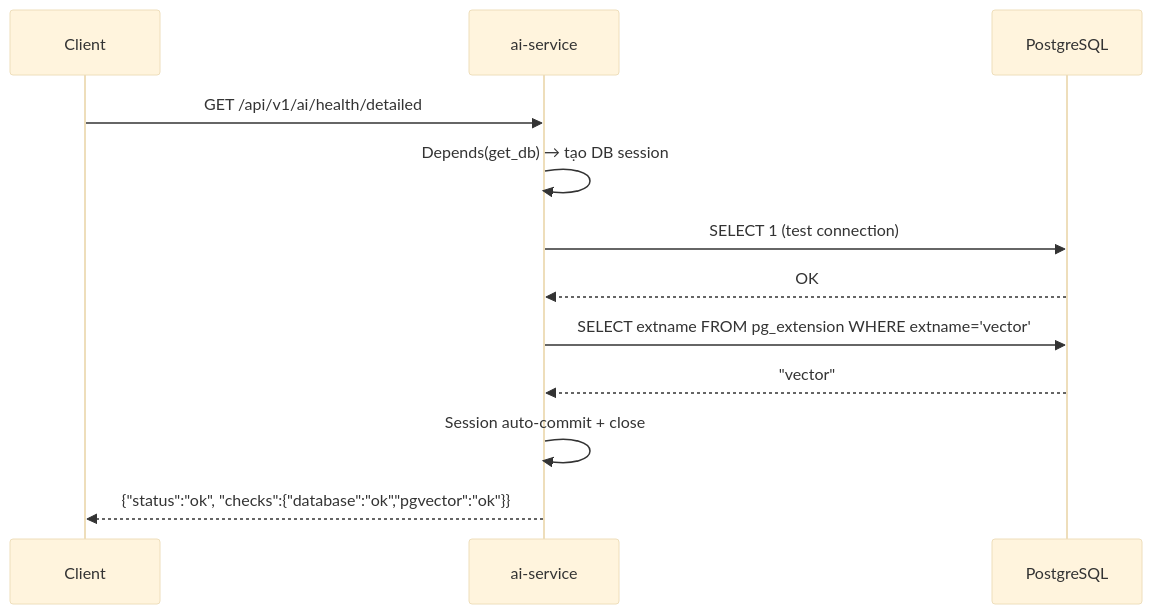
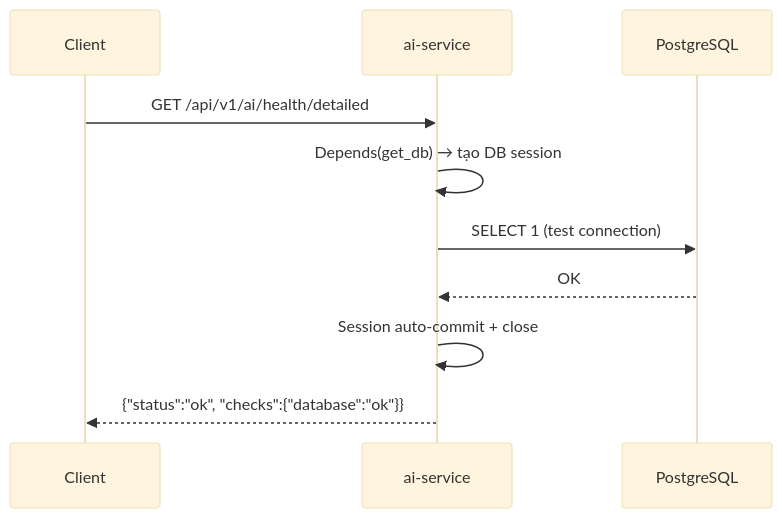
The third of 3 diagrams in docs/ai_service_explained.md (thanhduongw/ATS), drawn with Mermaid (base theme) before and after one commit. The commit also changed other lines of this file and 2 other files, not shown here.

````diff
--- a/docs/ai_service_explained.md
+++ b/docs/ai_service_explained.md
@@ -591,15 +597,13 @@
 ```mermaid
 sequenceDiagram
     participant Client
     participant AI as ai-service
     participant PG as PostgreSQL
 
     Client->>AI: GET /api/v1/ai/health/detailed
     AI->>AI: Depends(get_db) → tạo DB session
     AI->>PG: SELECT 1 (test connection)
     PG-->>AI: OK
-    AI->>PG: SELECT extname FROM pg_extension WHERE extname='vector'
-    PG-->>AI: "vector"
     AI->>AI: Session auto-commit + close
-    AI-->>Client: {"status":"ok", "checks":{"database":"ok","pgvector":"ok"}}
+    AI-->>Client: {"status":"ok", "checks":{"database":"ok"}}
 ```
````
